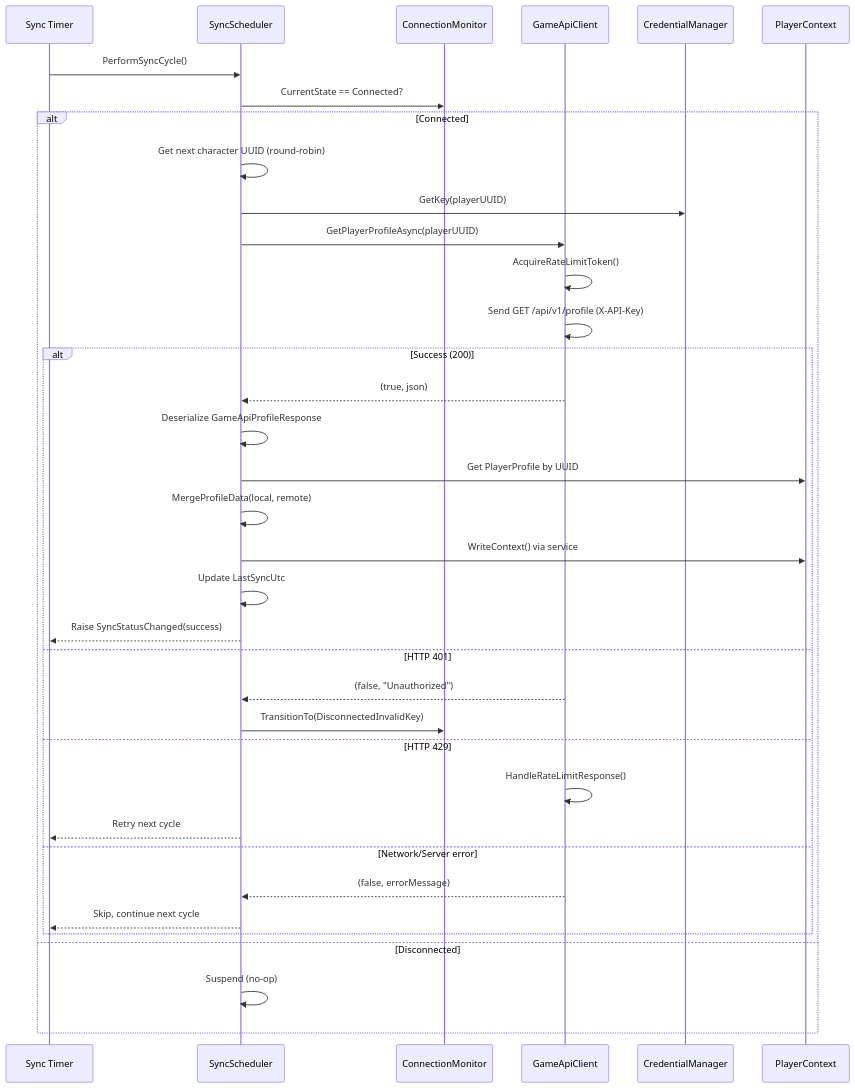
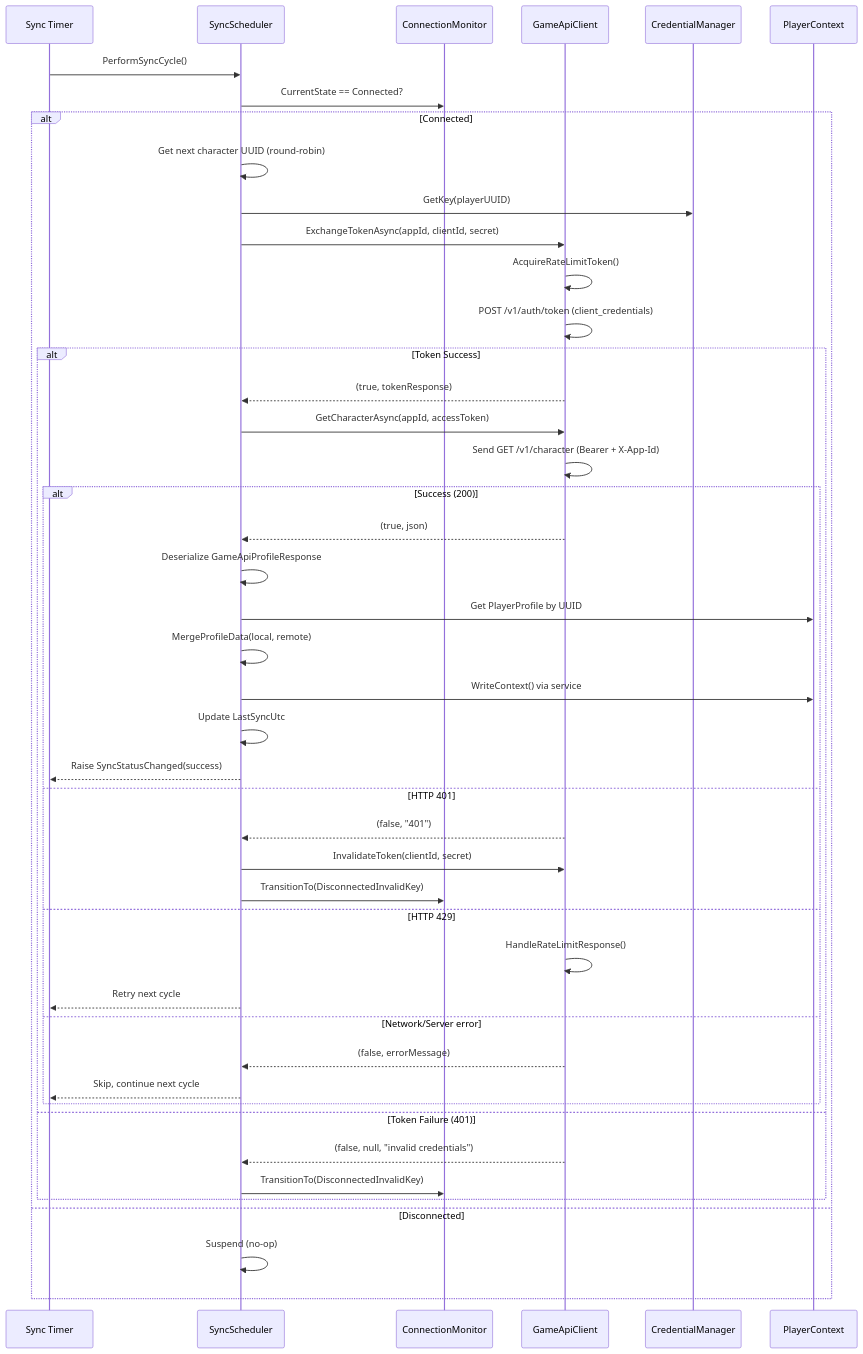
The diagram in .kiro/specs/game-api-integration/design.md (scalorn/OuterEmpires2EmpireTracker), drawn with Mermaid before and after one commit. The commit also changed other lines of this file and 14 other files, not shown here.

First line of the commit message:
Update game-api-integration spec to reflect OAuth2 client_credentials flow

````diff
--- a/.kiro/specs/game-api-integration/design.md
+++ b/.kiro/specs/game-api-integration/design.md
@@ -434,39 +446,48 @@
 ```mermaid
 sequenceDiagram
     participant Timer as Sync Timer
     participant Sync as SyncScheduler
     participant Mon as ConnectionMonitor
     participant Client as GameApiClient
     participant Cred as CredentialManager
     participant PC as PlayerContext
 
     Timer->>Sync: PerformSyncCycle()
     Sync->>Mon: CurrentState == Connected?
     alt Connected
         Sync->>Sync: Get next character UUID (round-robin)
         Sync->>Cred: GetKey(playerUUID)
-        Sync->>Client: GetPlayerProfileAsync(playerUUID)
+        Sync->>Client: ExchangeTokenAsync(appId, clientId, secret)
         Client->>Client: AcquireRateLimitToken()
-        Client->>Client: Send GET /api/v1/profile (X-API-Key)
-        alt Success (200)
-            Client-->>Sync: (true, json)
-            Sync->>Sync: Deserialize GameApiProfileResponse
-            Sync->>PC: Get PlayerProfile by UUID
-            Sync->>Sync: MergeProfileData(local, remote)
-            Sync->>PC: WriteContext() via service
-            Sync->>Sync: Update LastSyncUtc
-            Sync-->>Timer: Raise SyncStatusChanged(success)
-        else HTTP 401
-            Client-->>Sync: (false, "Unauthorized")
+        Client->>Client: POST /v1/auth/token (client_credentials)
+        alt Token Success
+            Client-->>Sync: (true, tokenResponse)
+            Sync->>Client: GetCharacterAsync(appId, accessToken)
+            Client->>Client: Send GET /v1/character (Bearer + X-App-Id)
+            alt Success (200)
+                Client-->>Sync: (true, json)
+                Sync->>Sync: Deserialize GameApiProfileResponse
+                Sync->>PC: Get PlayerProfile by UUID
+                Sync->>Sync: MergeProfileData(local, remote)
+                Sync->>PC: WriteContext() via service
+                Sync->>Sync: Update LastSyncUtc
+                Sync-->>Timer: Raise SyncStatusChanged(success)
+            else HTTP 401
+                Client-->>Sync: (false, "401")
+                Sync->>Client: InvalidateToken(clientId, secret)
+                Sync->>Mon: TransitionTo(DisconnectedInvalidKey)
+            else HTTP 429
+                Client->>Client: HandleRateLimitResponse()
+                Sync-->>Timer: Retry next cycle
+            else Network/Server error
+                Client-->>Sync: (false, errorMessage)
+                Sync-->>Timer: Skip, continue next cycle
+            end
+        else Token Failure (401)
+            Client-->>Sync: (false, null, "invalid credentials")
             Sync->>Mon: TransitionTo(DisconnectedInvalidKey)
-        else HTTP 429
-            Client->>Client: HandleRateLimitResponse()
-            Sync-->>Timer: Retry next cycle
-        else Network/Server error
-            Client-->>Sync: (false, errorMessage)
-            Sync-->>Timer: Skip, continue next cycle
         end
     else Disconnected
         Sync->>Sync: Suspend (no-op)
     end
 ```
````
